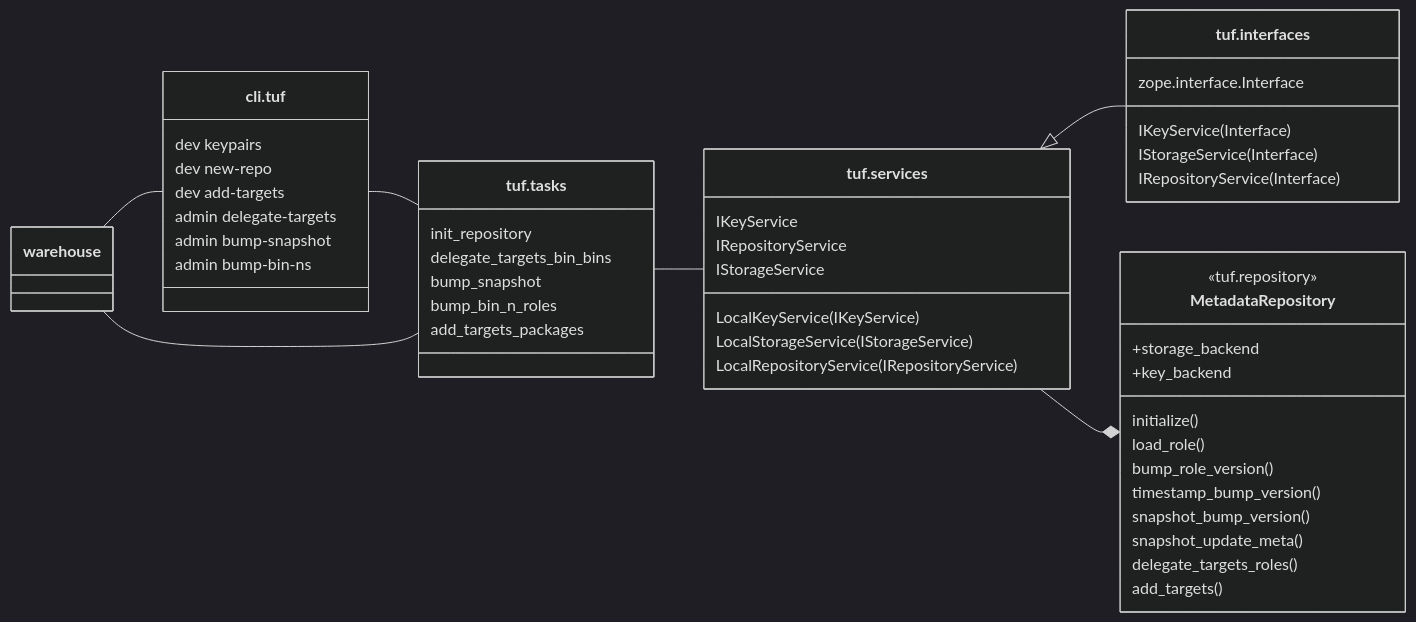
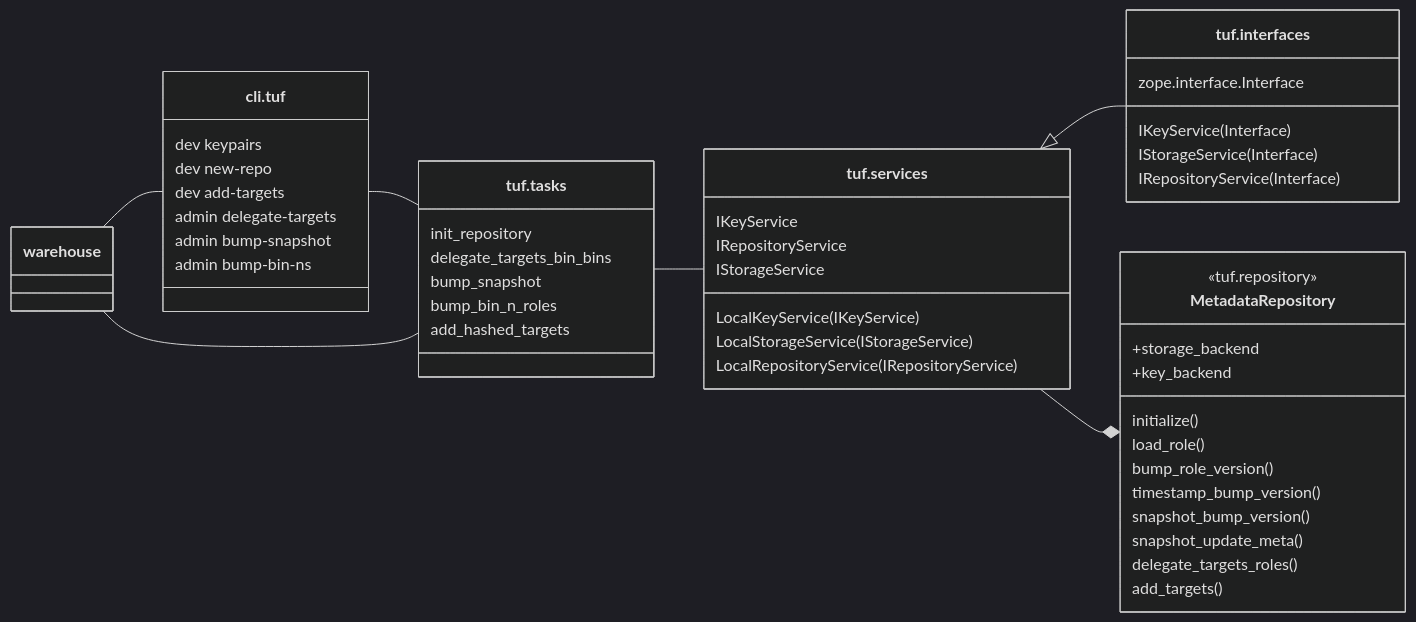
Before and after one commit to lukpueh/warehouse: the third of 3 diagrams in warehouse/tuf/README.md, drawn with Mermaid (dark theme). The commit also changed 1 other file, not shown here.

Commit message:
Remove stray 'add_targets_packages' task
This was replaced by 'add_hashed_targets'. The commit also updates
documentation accordingly.

````diff
--- a/warehouse/tuf/README.md
+++ b/warehouse/tuf/README.md
@@ -152,55 +152,55 @@
   ```mermaid
     classDiagram 
       direction LR
       class MetadataRepository {
         <<tuf.repository>>
         +storage_backend
         +key_backend
         initialize()
         load_role()
         bump_role_version()
         timestamp_bump_version()
         snapshot_bump_version()
         snapshot_update_meta()
         delegate_targets_roles()
         add_targets()
       }
       class `tuf.interfaces` {
         zope.interface.Interface
         IKeyService(Interface)
         IStorageService(Interface)
         IRepositoryService(Interface)
       }
       class `tuf.services` {
         IKeyService
         IRepositoryService
         IStorageService        
         LocalKeyService(IKeyService)
         LocalStorageService(IStorageService)
         LocalRepositoryService(IRepositoryService)
       }
       class `tuf.tasks` {
         init_repository
         delegate_targets_bin_bins
         bump_snapshot
         bump_bin_n_roles
-        add_targets_packages
+        add_hashed_targets
       }
 
       class `cli.tuf`{
           dev keypairs
           dev new-repo
           dev add-targets
           admin delegate-targets
           admin bump-snapshot
           admin bump-bin-ns
       }
 
 
       `tuf.services` <|-- `tuf.interfaces`
       `tuf.services` --* MetadataRepository
       `tuf.tasks` -- `tuf.services`
       `cli.tuf` -- `tuf.tasks`
       warehouse -- `cli.tuf`
       warehouse -- `tuf.tasks`
   ```
````
